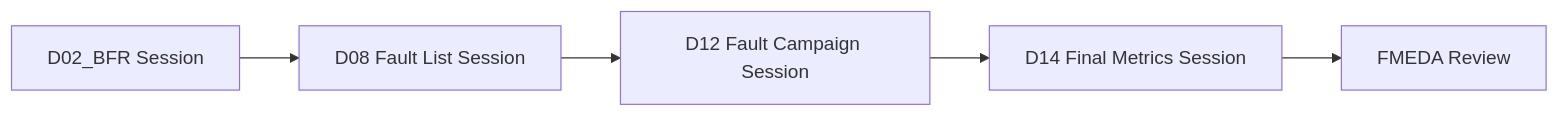
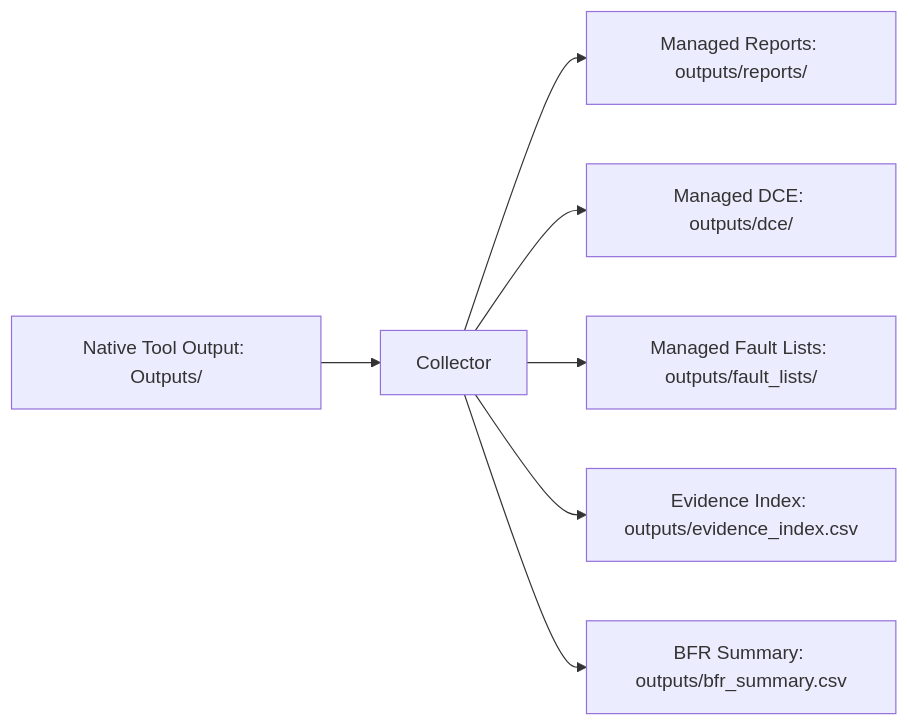
Before and after one commit to qiqixixi1001/automotive-safeic-practice: the third of 4 diagrams in articles/02_automotive_safeic_practice_d02_github_en_generic.md, drawn with Mermaid. The commit also changed other lines of this file, not shown here.

````diff
--- a/articles/02_automotive_safeic_practice_d02_github_en_generic.md
+++ b/articles/02_automotive_safeic_practice_d02_github_en_generic.md
@@ -751,7 +466,9 @@
 ```mermaid
 flowchart LR
-    A[D02_BFR Session] --> B[D08 Fault List Session]
-    B --> C[D12 Fault Campaign Session]
-    C --> D[D14 Final Metrics Session]
-    D --> E[FMEDA Review]
+    A[Native Tool Output: Outputs/] --> B[Collector]
+    B --> C[Managed Reports: outputs/reports/]
+    B --> D[Managed DCE: outputs/dce/]
+    B --> E[Managed Fault Lists: outputs/fault_lists/]
+    B --> F[Evidence Index: outputs/evidence_index.csv]
+    B --> G[BFR Summary: outputs/bfr_summary.csv]
 ```
````
